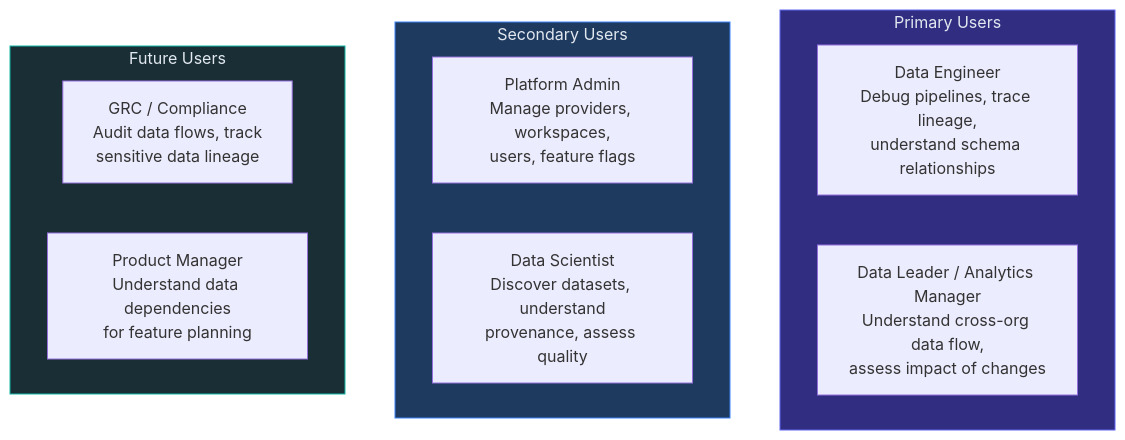
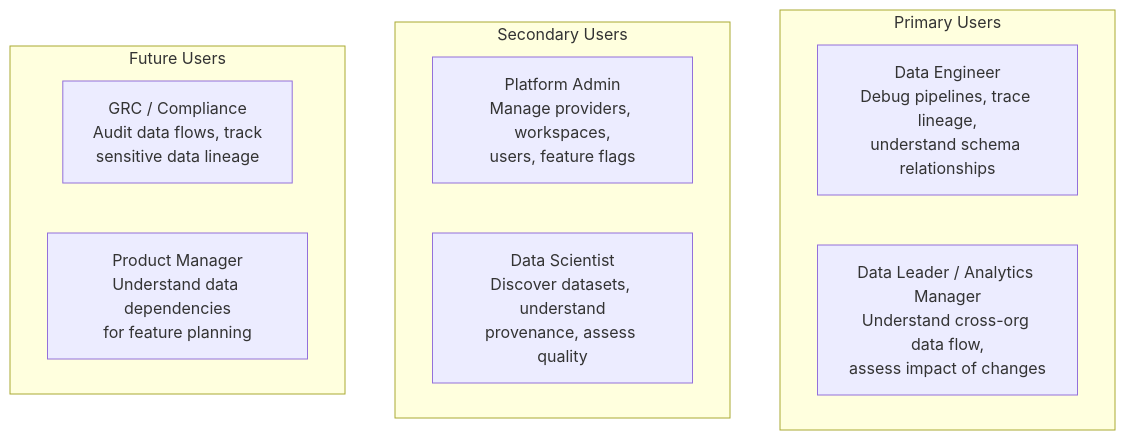
Before and after one commit to rkrumins/dataviz: the tenth of 10 diagrams in docs/OVERVIEW.md, drawn with Mermaid. The commit also changed other lines of this file and 46 other files, not shown here.

````diff
--- a/docs/OVERVIEW.md
+++ b/docs/OVERVIEW.md
@@ -532,21 +514,18 @@
 ```mermaid
 graph TB
     subgraph Primary["Primary Users"]
         DE["Data Engineer<br/>Debug pipelines, trace lineage,<br/>understand schema relationships"]
         DL["Data Leader / Analytics Manager<br/>Understand cross-org data flow,<br/>assess impact of changes"]
     end
 
     subgraph Secondary["Secondary Users"]
         PA["Platform Admin<br/>Manage providers, workspaces,<br/>users, feature flags"]
         DS["Data Scientist<br/>Discover datasets, understand<br/>provenance, assess quality"]
     end
 
     subgraph Future["Future Users"]
         GRC["GRC / Compliance<br/>Audit data flows, track<br/>sensitive data lineage"]
         PM["Product Manager<br/>Understand data dependencies<br/>for feature planning"]
     end
 
-    style Primary fill:#312e81,stroke:#6366f1,color:#e2e8f0
-    style Secondary fill:#1e3a5f,stroke:#3b82f6,color:#e2e8f0
-    style Future fill:#1a2e35,stroke:#14b8a6,color:#e2e8f0
 ```
````
